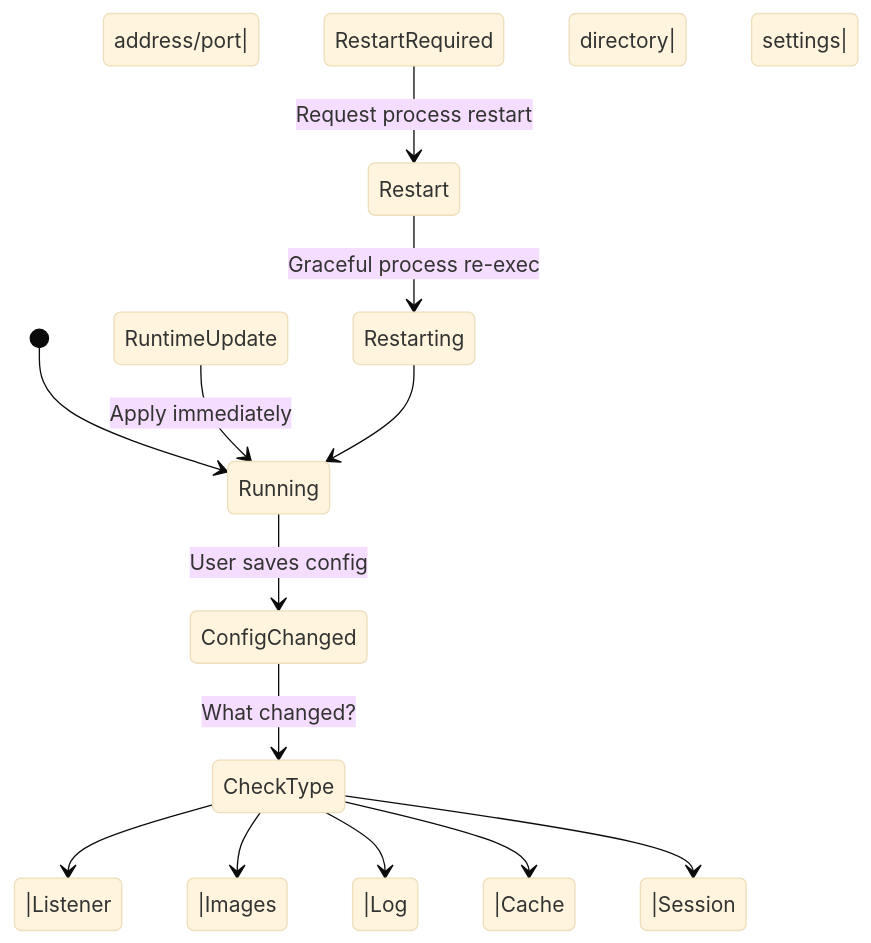
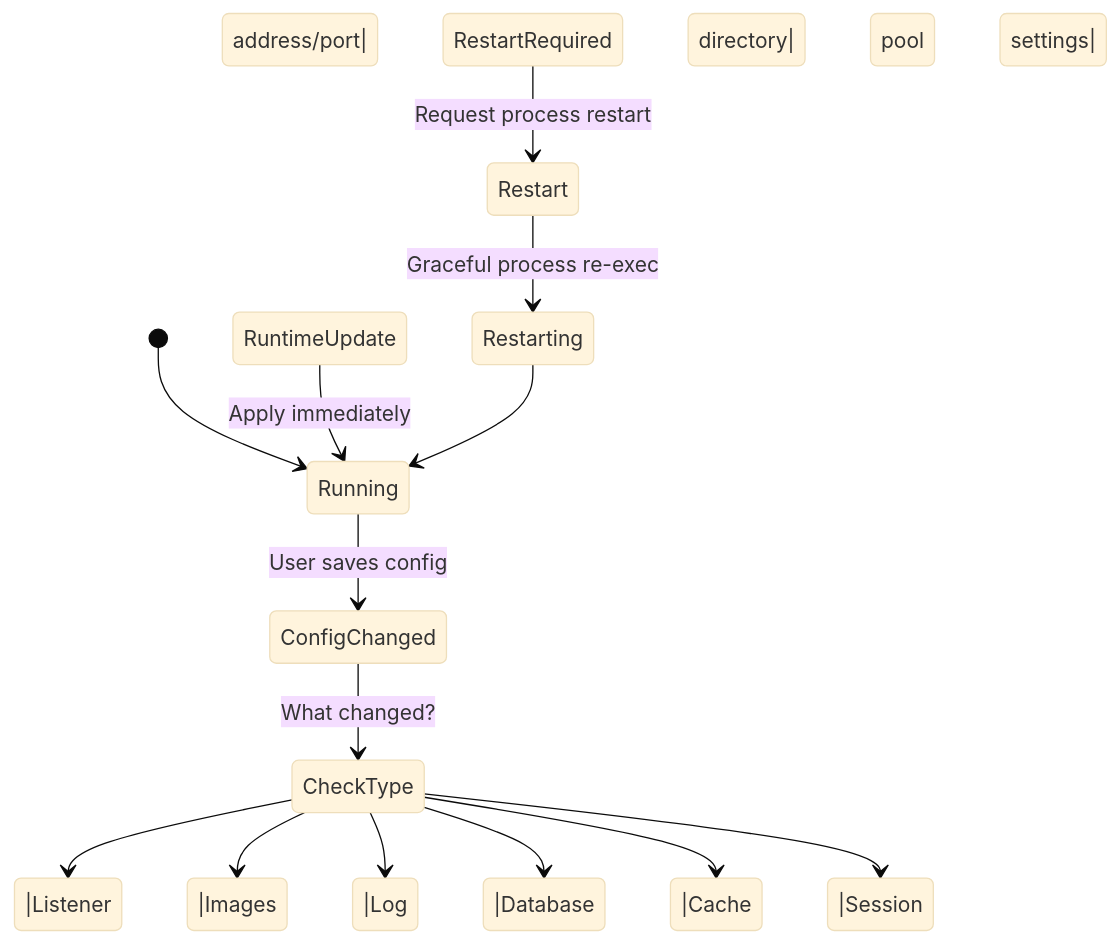
One commit to lbe/sfpg-go changed diagram 19 of 20 in docs/ARCHITECTURE.md. Above: the diagram before and after it, drawn with Mermaid (base theme). The commit also changed other lines of this file and 241 other files, not shown here.

````diff
--- a/docs/ARCHITECTURE.md
+++ b/docs/ARCHITECTURE.md
@@ -1558,19 +1600,20 @@
 ```mermaid
 stateDiagram-v2
     [*] --> Running
     Running --> ConfigChanged: User saves config
 
     ConfigChanged --> CheckType: What changed?
 
     CheckType -->|Listener address/port| RestartRequired
     CheckType -->|Images directory| RestartRequired
     CheckType -->|Log directory| RestartRequired
+    CheckType -->|Database pool settings| RestartRequired
     CheckType -->|Cache settings| RuntimeUpdate
     CheckType -->|Session settings| RuntimeUpdate
 
     RestartRequired --> Restart: Request process restart
     RuntimeUpdate --> Running: Apply immediately
 
     Restart --> Restarting: Graceful process re-exec
     Restarting --> Running
 ```
````
